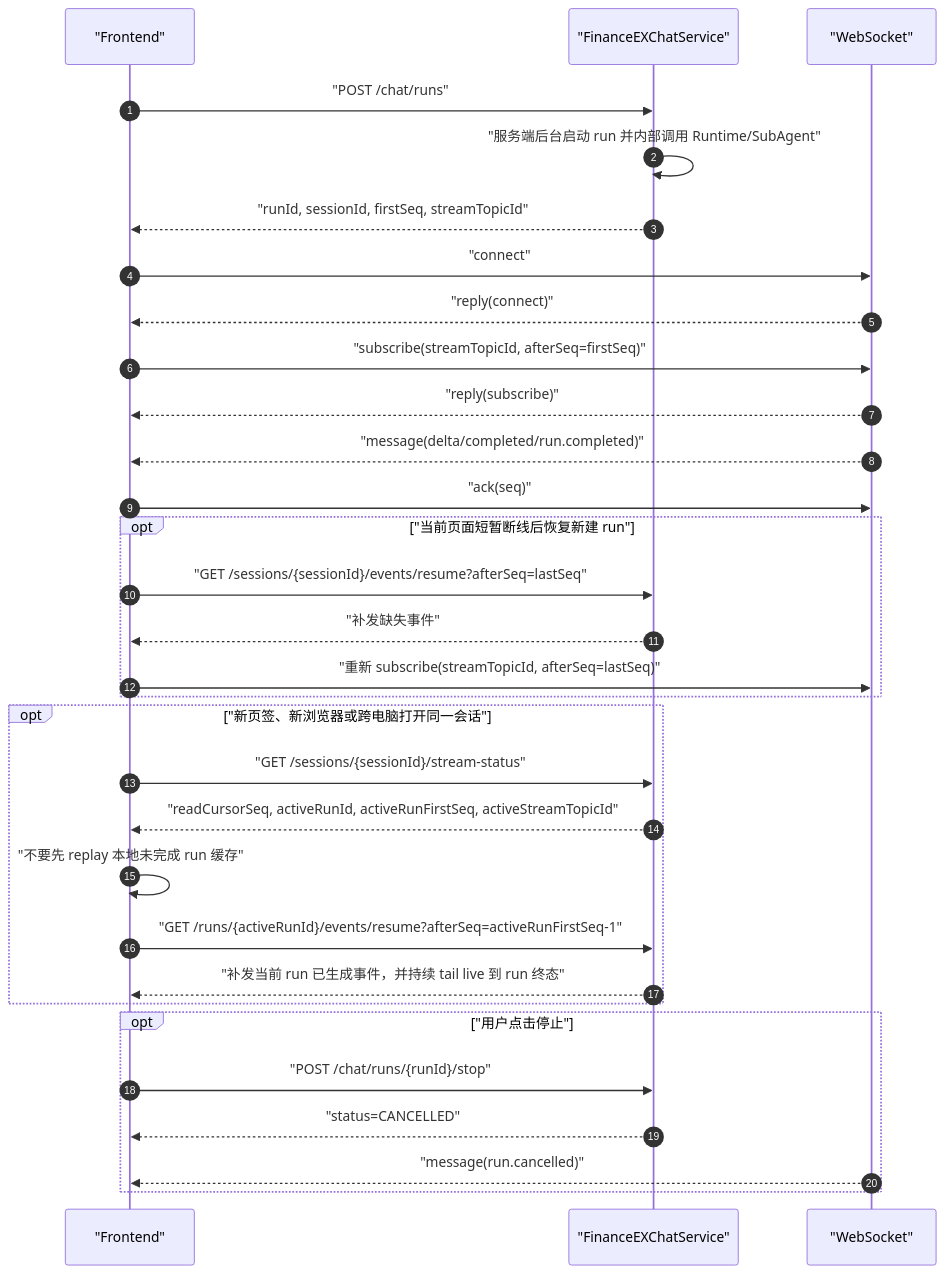
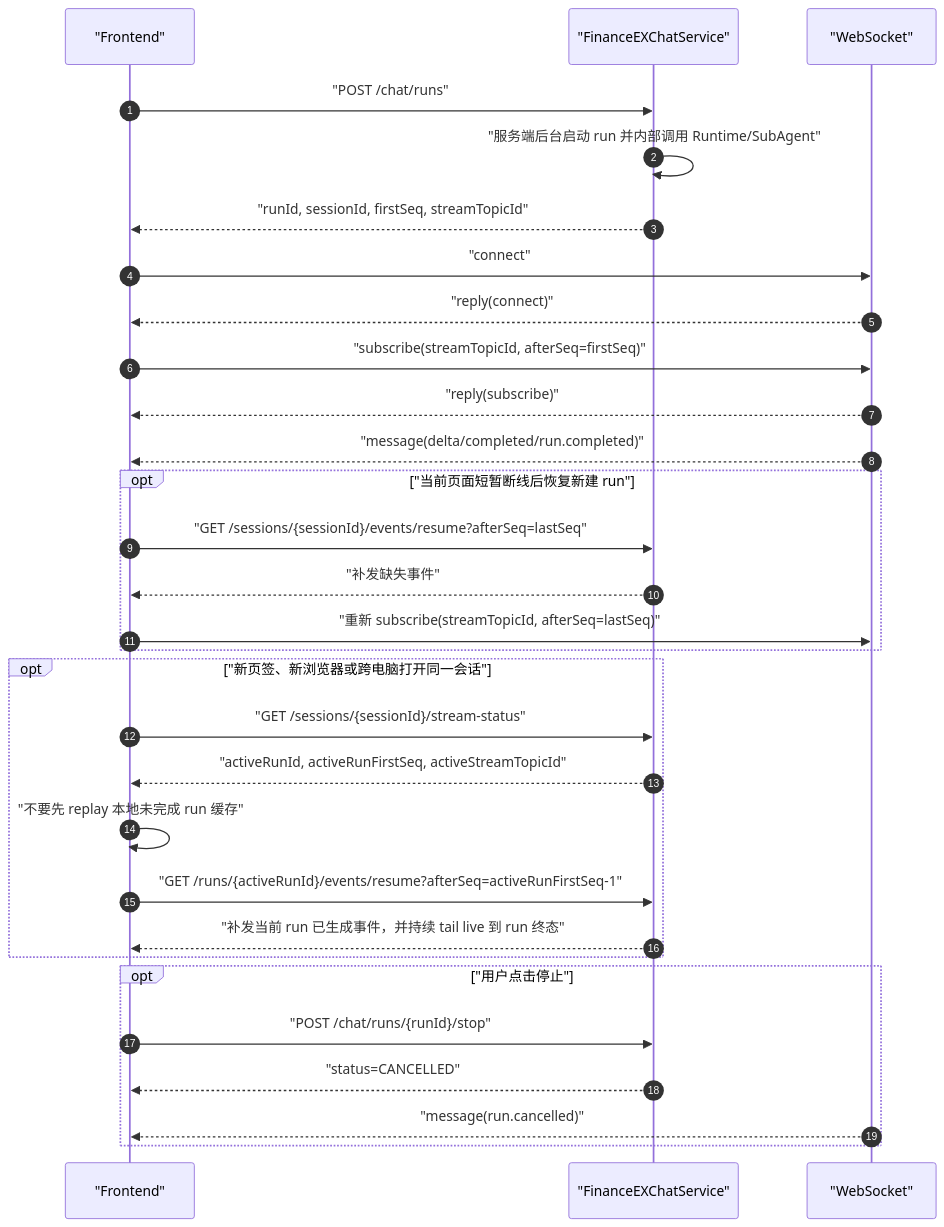
The diagram in docs/frontend-integration.md (kunben-duck/exweb), drawn with Mermaid before and after one commit. The commit also changed other lines of this file and 54 other files, not shown here.

Commit message:
refactor: remove websocket ack cursor

````diff
--- a/docs/frontend-integration.md
+++ b/docs/frontend-integration.md
@@ -487,37 +506,36 @@
 ```mermaid
 sequenceDiagram
     autonumber
     participant UI as "Frontend"
     participant API as "FinanceEXChatService"
     participant WS as "WebSocket"
 
     UI->>API: "POST /chat/runs"
     API->>API: "服务端后台启动 run 并内部调用 Runtime/SubAgent"
     API-->>UI: "runId, sessionId, firstSeq, streamTopicId"
     UI->>WS: "connect"
     WS-->>UI: "reply(connect)"
     UI->>WS: "subscribe(streamTopicId, afterSeq=firstSeq)"
     WS-->>UI: "reply(subscribe)"
     WS-->>UI: "message(delta/completed/run.completed)"
-    UI->>WS: "ack(seq)"
 
     opt "当前页面短暂断线后恢复新建 run"
         UI->>API: "GET /sessions/{sessionId}/events/resume?afterSeq=lastSeq"
         API-->>UI: "补发缺失事件"
         UI->>WS: "重新 subscribe(streamTopicId, afterSeq=lastSeq)"
     end
 
     opt "新页签、新浏览器或跨电脑打开同一会话"
         UI->>API: "GET /sessions/{sessionId}/stream-status"
-        API-->>UI: "readCursorSeq, activeRunId, activeRunFirstSeq, activeStreamTopicId"
+        API-->>UI: "activeRunId, activeRunFirstSeq, activeStreamTopicId"
         UI->>UI: "不要先 replay 本地未完成 run 缓存"
         UI->>API: "GET /runs/{activeRunId}/events/resume?afterSeq=activeRunFirstSeq-1"
         API-->>UI: "补发当前 run 已生成事件，并持续 tail live 到 run 终态"
     end
 
     opt "用户点击停止"
         UI->>API: "POST /chat/runs/{runId}/stop"
         API-->>UI: "status=CANCELLED"
         WS-->>UI: "message(run.cancelled)"
     end
 ```
````
